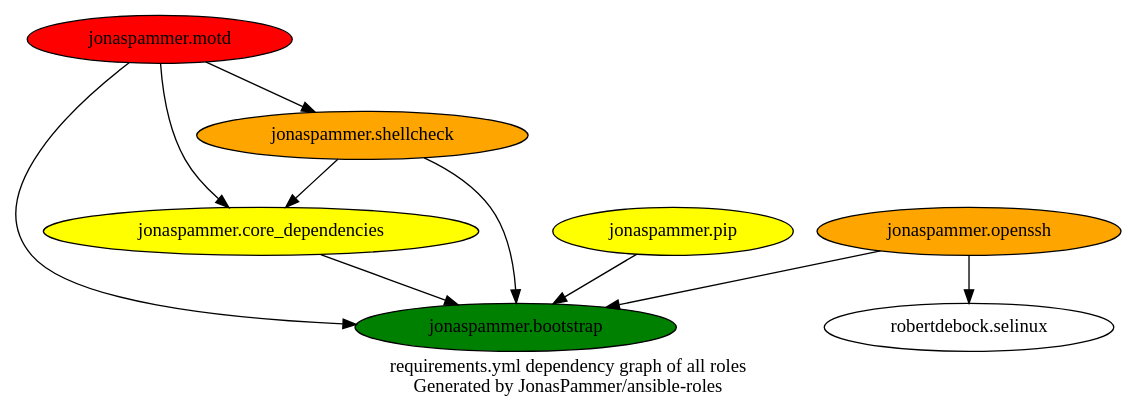
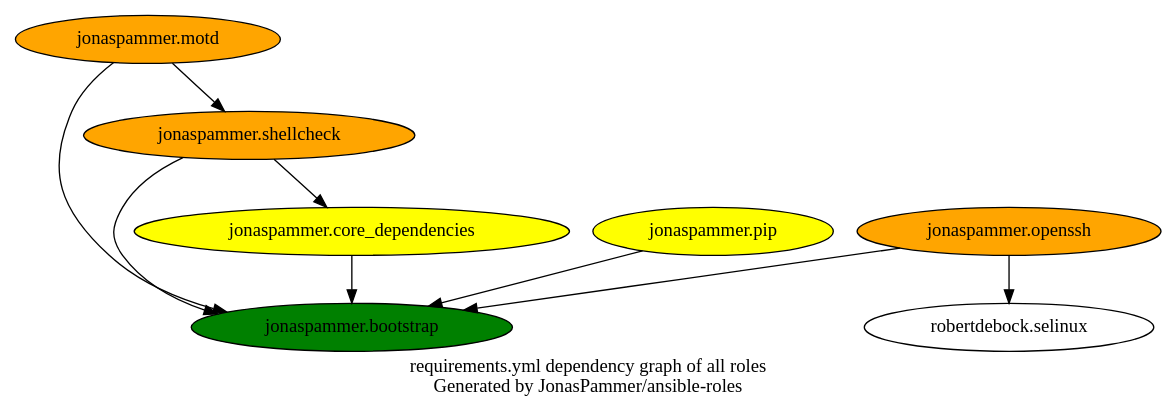
Before and after one commit to JonasPammer/ansible-roles: the diagram in graphs/dependencies_ALL.dot, drawn with Graphviz. The commit also changed 5 other files, not shown here.

```diff
--- a/graphs/dependencies_ALL.dot
+++ b/graphs/dependencies_ALL.dot
@@ -1,19 +1,19 @@
 digraph hierarchy {
   label = "requirements.yml dependency graph of all roles \n Generated by JonasPammer/ansible-roles" ;
 
   {
     "jonaspammer.bootstrap" [fillcolor=green style=filled]
     "jonaspammer.core_dependencies" [fillcolor=yellow style=filled]
-    "jonaspammer.motd" [fillcolor=red style=filled]
+    "jonaspammer.motd" [fillcolor=orange style=filled]
     "jonaspammer.openssh" [fillcolor=orange style=filled]
     "jonaspammer.pip" [fillcolor=yellow style=filled]
     "jonaspammer.shellcheck" [fillcolor=orange style=filled]
   }
 
 
   "jonaspammer.core_dependencies" -> {"jonaspammer.bootstrap"}
-  "jonaspammer.motd" -> {"jonaspammer.bootstrap" "jonaspammer.core_dependencies" "jonaspammer.shellcheck"}
+  "jonaspammer.motd" -> {"jonaspammer.bootstrap" "jonaspammer.shellcheck"}
   "jonaspammer.openssh" -> {"jonaspammer.bootstrap" "robertdebock.selinux"}
   "jonaspammer.pip" -> {"jonaspammer.bootstrap"}
   "jonaspammer.shellcheck" -> {"jonaspammer.bootstrap" "jonaspammer.core_dependencies"}
 }
```
